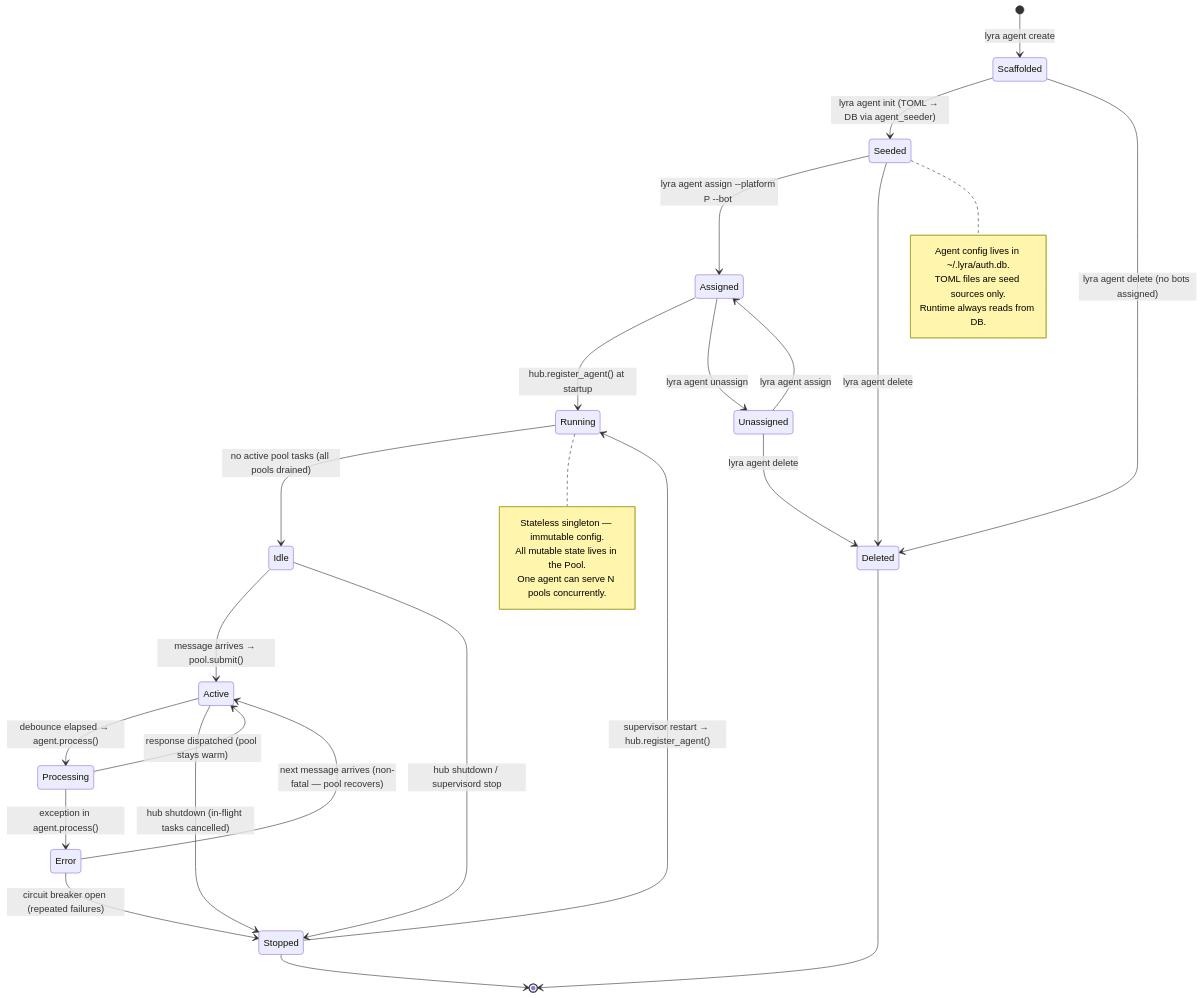
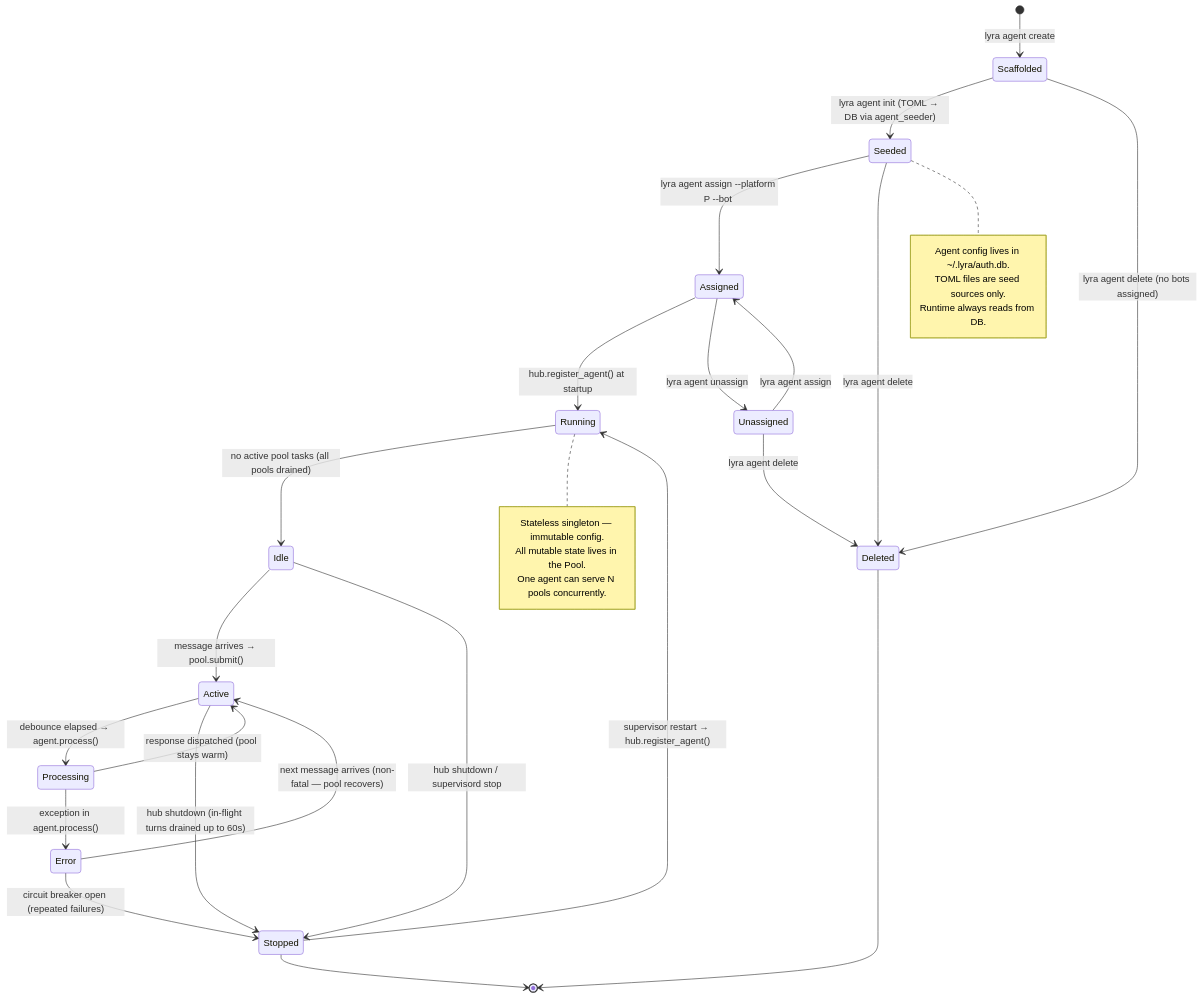
Before and after one commit to Roxabi/lyra: the third of 3 diagrams in docs/ARCHITECTURE.md, drawn with Mermaid. The commit also changed 5 other files, not shown here.

````diff
--- a/docs/ARCHITECTURE.md
+++ b/docs/ARCHITECTURE.md
@@ -381,47 +381,47 @@
 ```mermaid
 stateDiagram-v2
     direction TB
 
     [*] --> Scaffolded : lyra agent create <name>
 
     Scaffolded --> Seeded : lyra agent init (TOML → DB via agent_seeder)
     Scaffolded --> Deleted : lyra agent delete (no bots assigned)
 
     Seeded --> Assigned : lyra agent assign --platform P --bot <id>
     Seeded --> Deleted : lyra agent delete
 
     Assigned --> Running : hub.register_agent() at startup
     Assigned --> Unassigned : lyra agent unassign
 
     Unassigned --> Assigned : lyra agent assign
     Unassigned --> Deleted : lyra agent delete
 
     Running --> Idle : no active pool tasks (all pools drained)
     Idle --> Active : message arrives → pool.submit()
 
     Active --> Processing : debounce elapsed → agent.process()
     Processing --> Active : response dispatched (pool stays warm)
     Processing --> Error : exception in agent.process()
 
     Error --> Active : next message arrives (non-fatal — pool recovers)
     Error --> Stopped : circuit breaker open (repeated failures)
 
     Idle --> Stopped : hub shutdown / supervisord stop
-    Active --> Stopped : hub shutdown (in-flight tasks cancelled)
+    Active --> Stopped : hub shutdown (in-flight turns drained up to 60s)
 
     Stopped --> Running : supervisor restart → hub.register_agent()
     Stopped --> [*]
     Deleted --> [*]
 
     note right of Seeded
         Agent config lives in ~/.lyra/auth.db.
         TOML files are seed sources only.
         Runtime always reads from DB.
     end note
 
     note right of Running
         Stateless singleton — immutable config.
         All mutable state lives in the Pool.
         One agent can serve N pools concurrently.
     end note
 ```
````
